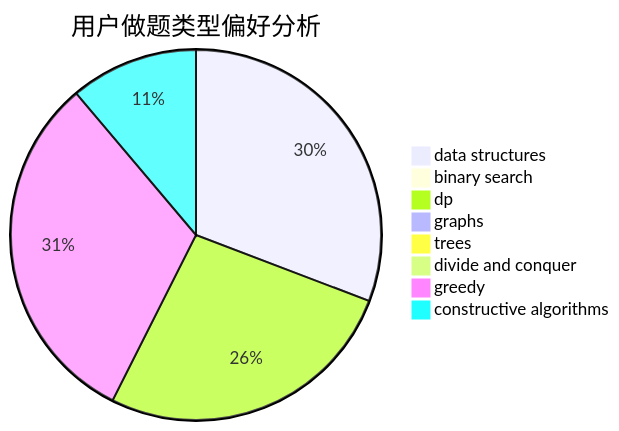
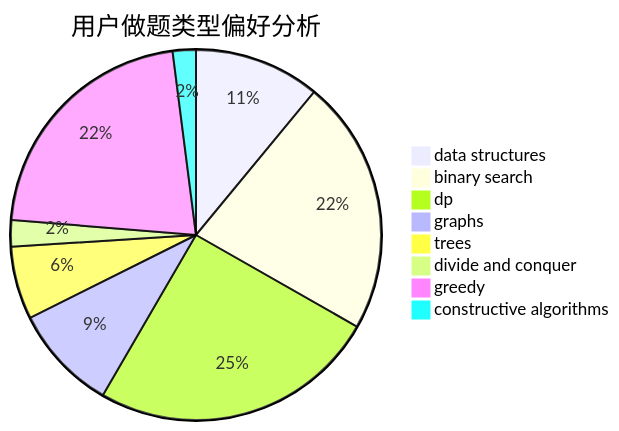
One commit to sherpahu/cfrs.github.io changed the second of 3 diagrams in docs/user/u1720.md. Above: the diagram before and after it, drawn with Mermaid. The commit also changed other lines of this file and 2770 other files, not shown here.

````diff
--- a/docs/user/u1720.md
+++ b/docs/user/u1720.md
@@ -23,11 +23,11 @@
 ```mermaid
 pie title 用户做题类型偏好分析
-    "data structures" :  408
-    "binary search" :  7
-    "dp" :  353
-    "graphs" :  7
-    "trees" :  3
-    "divide and conquer" :  3
-    "greedy" :  416
-    "constructive algorithms" :  148
+    "data structures" :  38
+    "binary search" :  77
+    "dp" :  87
+    "graphs" :  32
+    "trees" :  22
+    "divide and conquer" :  8
+    "greedy" :  75
+    "constructive algorithms" :  7
 ```
````
